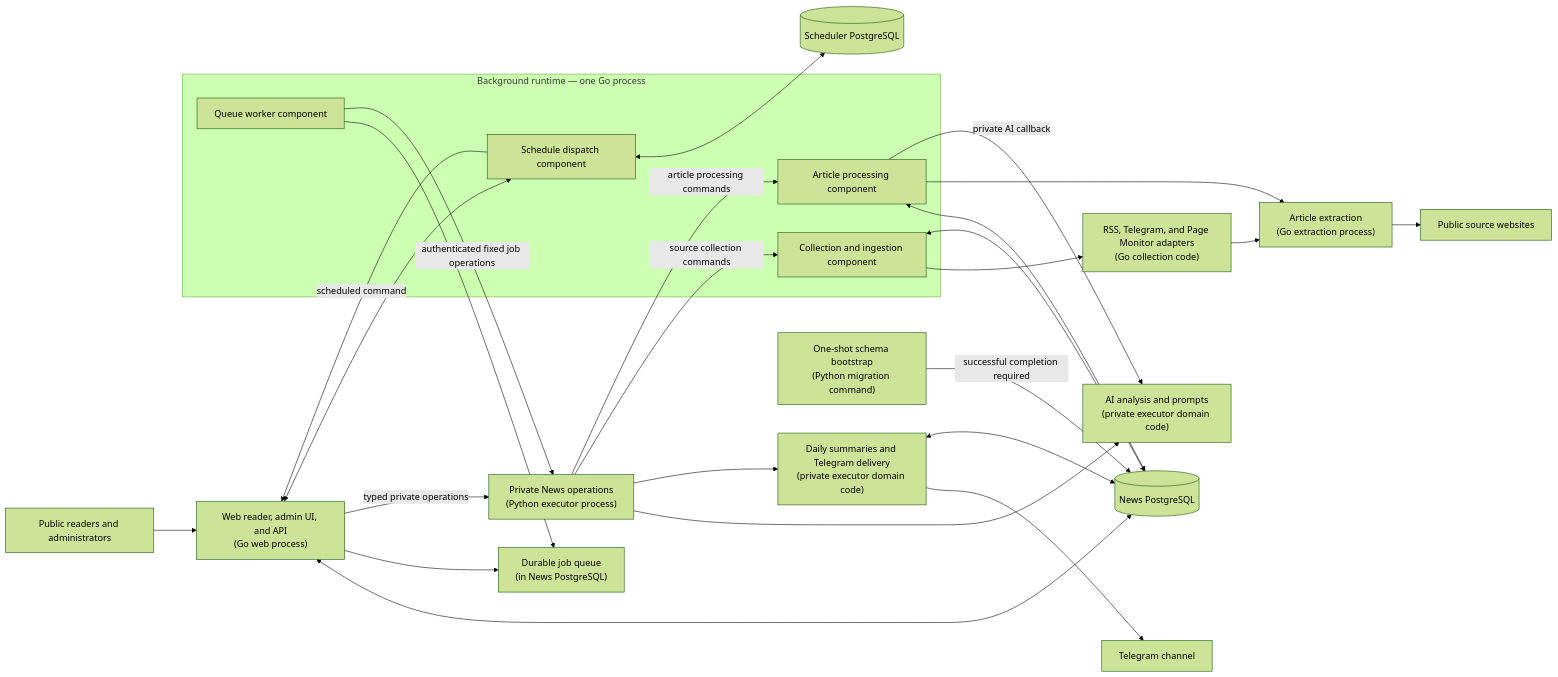
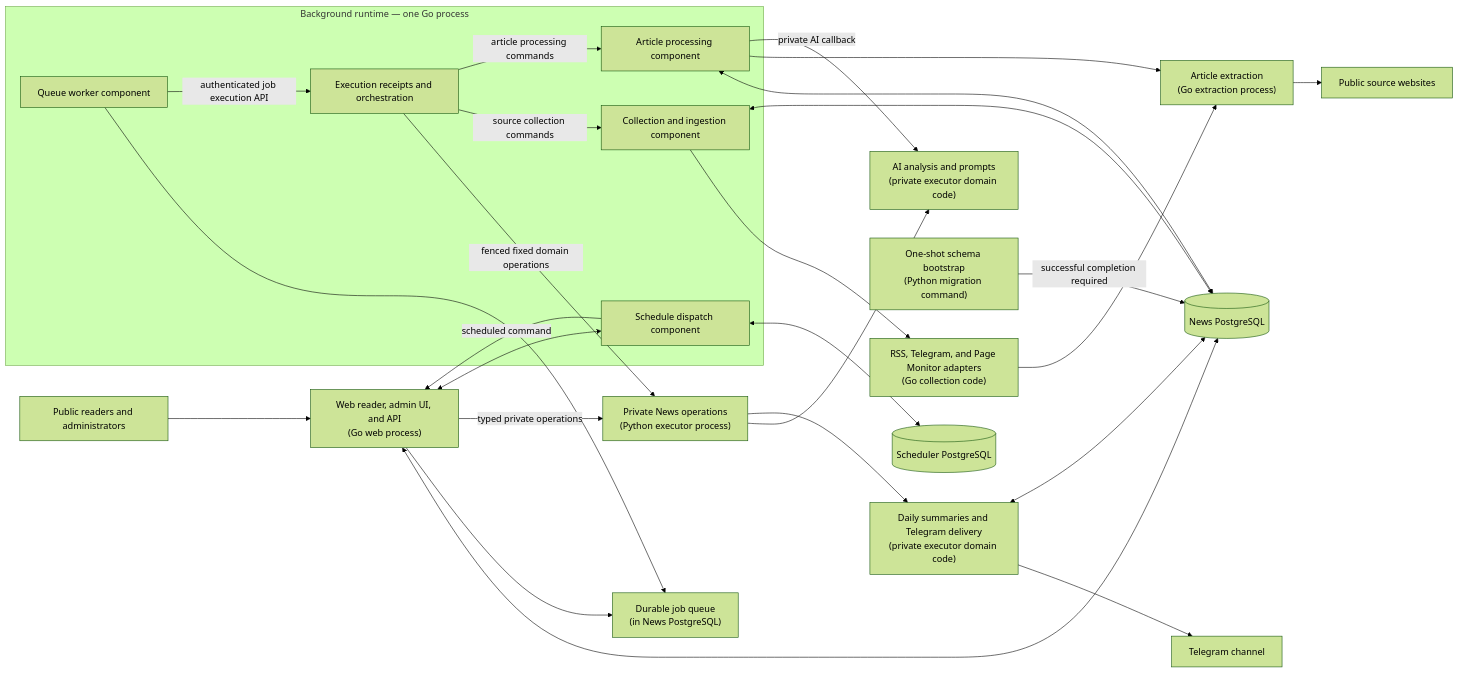
The diagram in README.md (Dzarlax-AI/evening-news), drawn with Mermaid (forest theme) before and after one commit. The commit also changed other lines of this file and 78 other files, not shown here.

Commit message:
refactor: move execution and orchestration into background runtime

````diff
--- a/README.md
+++ b/README.md
@@ -19,46 +19,48 @@
 ```mermaid
 flowchart LR
     Reader[Public readers and administrators]
     Web["Web reader, admin UI, and API<br/>(Go web process)"]
     NewsDB[(News PostgreSQL)]
     Jobs["Durable job queue<br/>(in News PostgreSQL)"]
     subgraph Background["Background runtime — one Go process"]
       Scheduler["Schedule dispatch component"]
       Worker["Queue worker component"]
+      Execution["Execution receipts and orchestration"]
       Ingestion["Collection and ingestion component"]
       Processing["Article processing component"]
     end
     Domain["Private News operations<br/>(Python executor process)"]
     AI["AI analysis and prompts<br/>(private executor domain code)"]
     Delivery["Daily summaries and Telegram delivery<br/>(private executor domain code)"]
     Sources["RSS, Telegram, and Page Monitor adapters<br/>(Go collection code)"]
     Extract["Article extraction<br/>(Go extraction process)"]
     SchedulerDB[(Scheduler PostgreSQL)]
     Migrate["One-shot schema bootstrap<br/>(Python migration command)"]
     Internet[Public source websites]
     Telegram[Telegram channel]
 
     Reader --> Web
     Web <--> NewsDB
     Web --> Jobs
     Worker --> Jobs
-    Worker -->|authenticated fixed job operations| Domain
-    Domain -->|source collection commands| Ingestion
-    Domain -->|article processing commands| Processing
+    Worker -->|authenticated job execution API| Execution
+    Execution -->|fenced fixed domain operations| Domain
+    Execution -->|source collection commands| Ingestion
+    Execution -->|article processing commands| Processing
     Ingestion --> Sources
     Ingestion <--> NewsDB
     Sources --> Extract
     Extract --> Internet
     Processing <--> NewsDB
     Processing --> Extract
     Processing -->|private AI callback| AI
     Domain --> AI
     Domain --> Delivery
     Delivery --> Telegram
     Delivery <--> NewsDB
     Web -->|typed private operations| Domain
     Web <--> Scheduler
     Scheduler <--> SchedulerDB
     Scheduler -->|scheduled command| Web
     Migrate -->|successful completion required| NewsDB
 ```
````
